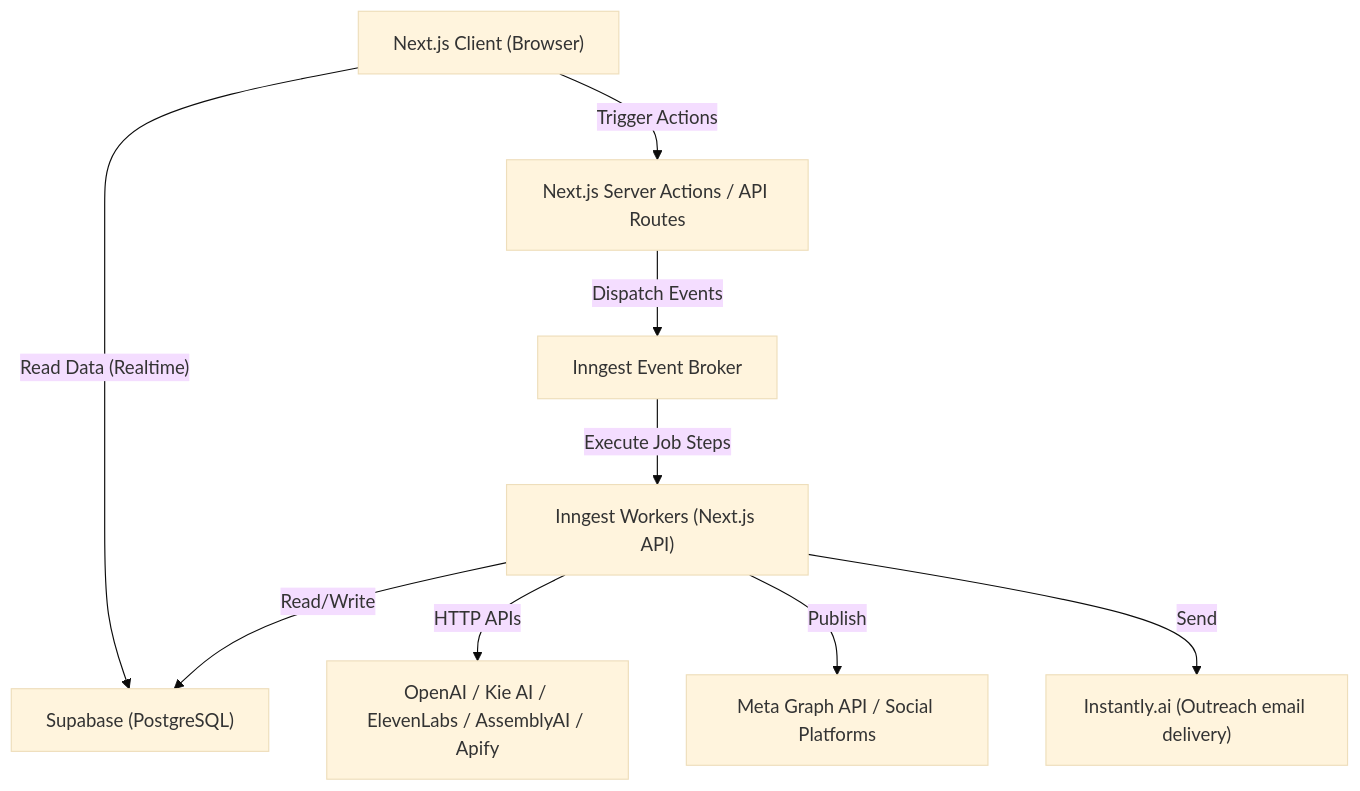
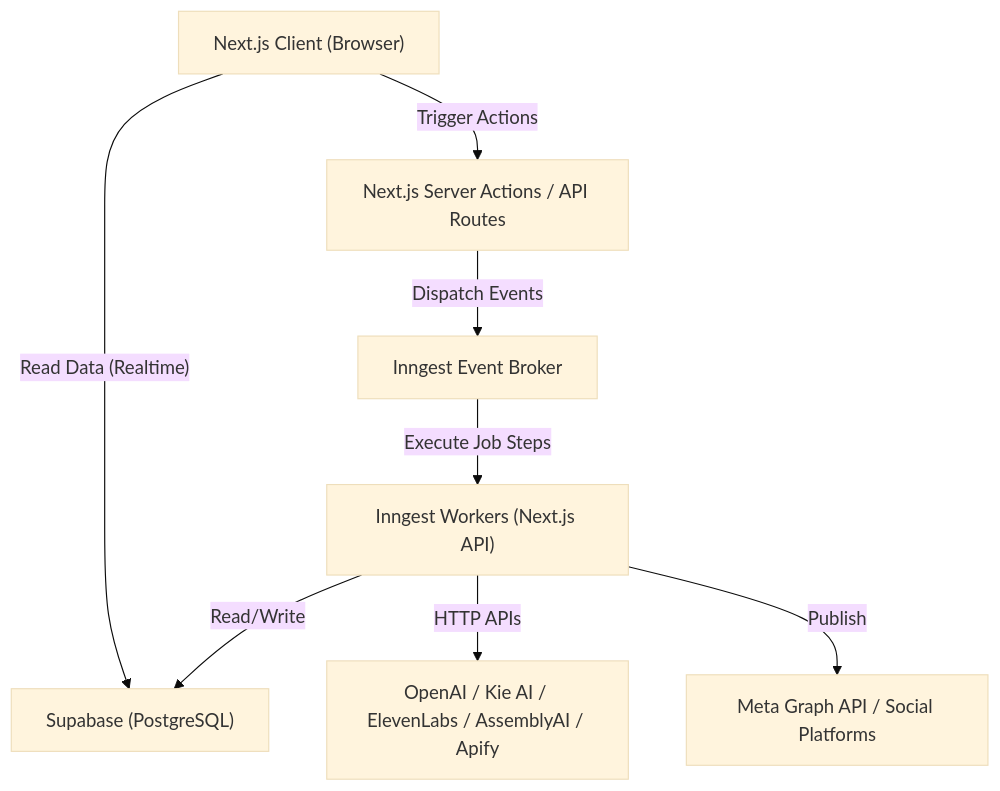
Before and after one commit to Aumatic-AI/kangroo-Kinetix: the diagram in docs/architecture/system_design.md, drawn with Mermaid (base theme). The commit also changed other lines of this file and 90 other files, not shown here.

````diff
--- a/docs/architecture/system_design.md
+++ b/docs/architecture/system_design.md
@@ -9,11 +9,10 @@
 ```mermaid
 graph TD
     Client["Next.js Client (Browser)"] -- "Read Data (Realtime)" --> Supabase["Supabase (PostgreSQL)"]
     Client -- "Trigger Actions" --> API["Next.js Server Actions / API Routes"]
     API -- "Dispatch Events" --> Inngest["Inngest Event Broker"]
     Inngest -- "Execute Job Steps" --> Jobs["Inngest Workers (Next.js API)"]
     Jobs -- "Read/Write" --> Supabase
     Jobs -- "HTTP APIs" --> AI["OpenAI / Kie AI / ElevenLabs / AssemblyAI / Apify"]
     Jobs -- "Publish" --> Meta["Meta Graph API / Social Platforms"]
-    Jobs -- "Send" --> Instantly["Instantly.ai (Outreach email delivery)"]
 ```
````
